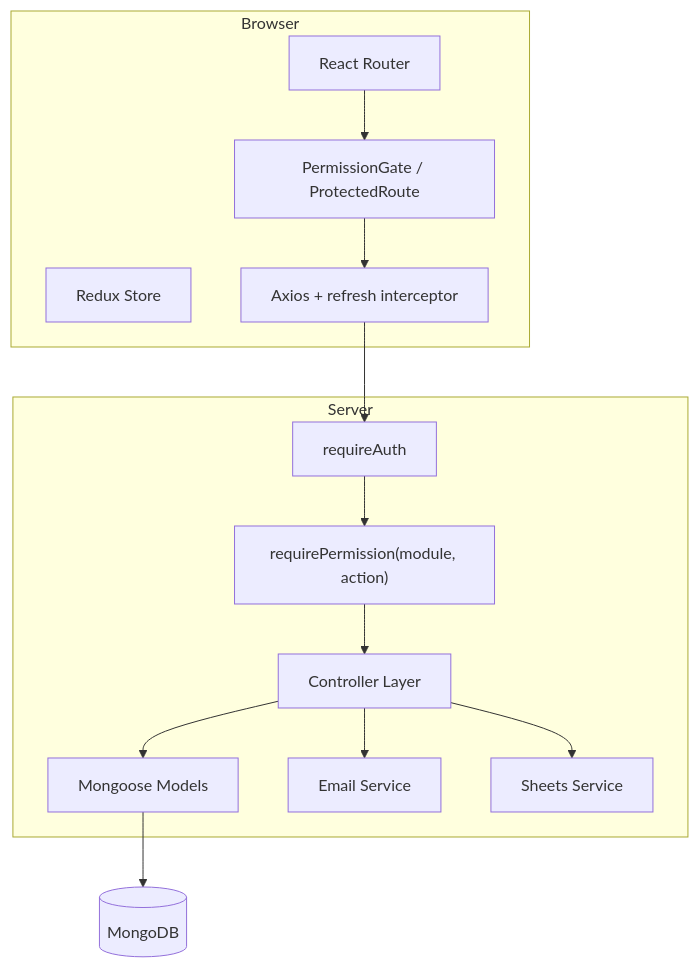
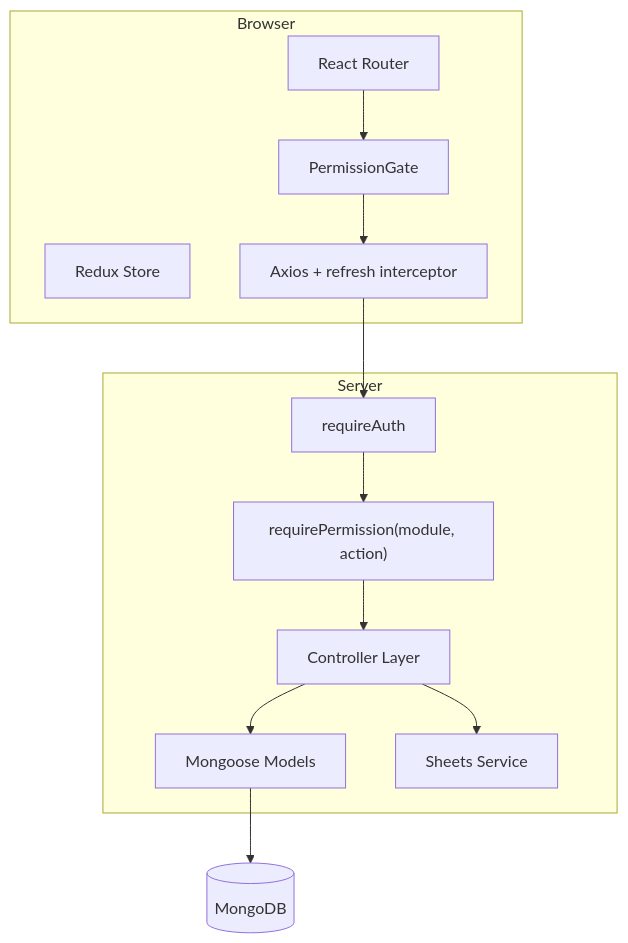
Before and after one commit to comp596-spring-2026/RetailSync: the second of 3 diagrams in docs/architecture/system-overview.md, drawn with Mermaid. The commit also changed other lines of this file and 41 other files, not shown here.

````diff
--- a/docs/architecture/system-overview.md
+++ b/docs/architecture/system-overview.md
@@ -23,23 +22,21 @@
 ```mermaid
 flowchart TD
   subgraph Browser
     Router["React Router"]
     Store["Redux Store"]
-    Guard["PermissionGate / ProtectedRoute"]
+    Guard["PermissionGate"]
     Axios["Axios + refresh interceptor"]
   end
 
   subgraph Server
     Auth["requireAuth"]
     Perm["requirePermission(module, action)"]
     Ctrl["Controller Layer"]
     Models["Mongoose Models"]
-    Mail["Email Service"]
     Sheets["Sheets Service"]
   end
 
   Router --> Guard --> Axios --> Auth --> Perm --> Ctrl --> Models
-  Ctrl --> Mail
   Ctrl --> Sheets
   Models --> DB[("MongoDB")]
 ```
````
